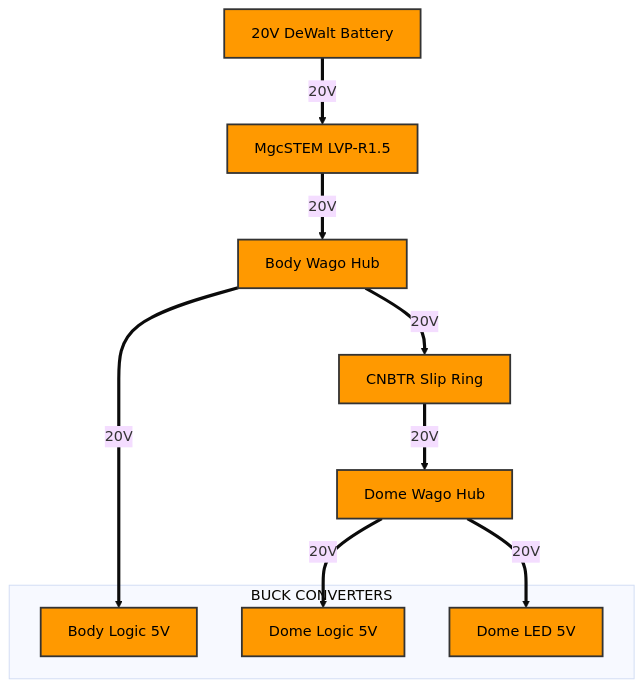
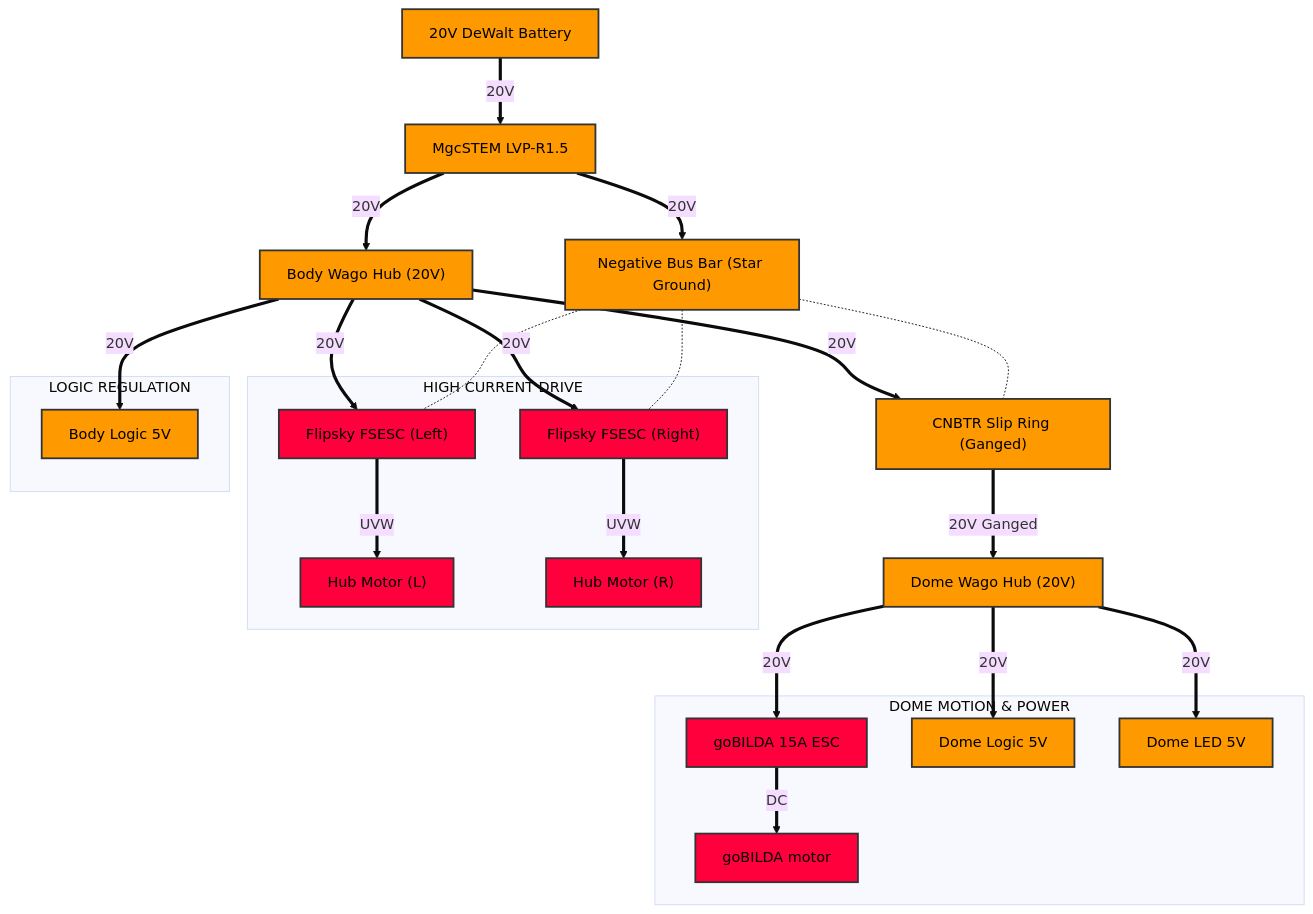
One commit to Ruzzler/Wee2-D2 changed the diagram in docs/architecture/power-architecture.md. Above: the diagram before and after it, drawn with Mermaid (base theme). The commit also changed 3 other files, not shown here.

First line of the commit message:
fix(v2.1.4-f): Restore archival schematics and expand PDN grid

````diff
--- a/docs/architecture/power-architecture.md
+++ b/docs/architecture/power-architecture.md
@@ -20,37 +20,64 @@
 ```mermaid
 flowchart TD
     %% Component Definitions
     BATT["20V DeWalt Battery"]:::power
     LVP["MgcSTEM LVP-R1.5"]:::power
-    WAGO_BODY["Body Wago Hub"]:::power
-    WAGO_DOME["Dome Wago Hub"]:::power
-    SLIP_RING["CNBTR Slip Ring"]:::power
+    NEG_BUS["Negative Bus Bar (Star Ground)"]:::power
+    WAGO_BODY["Body Wago Hub (20V)"]:::power
+    SLIP_RING["CNBTR Slip Ring (Ganged)"]:::power
+    WAGO_DOME["Dome Wago Hub (20V)"]:::power
 
-    subgraph POWER_RAILS["BUCK CONVERTERS"]
-      BUCK_BODY["Body Logic 5V"]:::power
+    subgraph DRIVE_SYSTEM["HIGH CURRENT DRIVE"]
+      ESC_L["Flipsky FSESC (Left)"]:::drive
+      ESC_R["Flipsky FSESC (Right)"]:::drive
+      MOT_L["Hub Motor (L)"]:::drive
+      MOT_R["Hub Motor (R)"]:::drive
+    end
+
+    subgraph DOME_ACTUATORS["DOME MOTION & POWER"]
+      DOME_ESC["goBILDA 15A ESC"]:::drive
+      DOME_MOT["goBILDA motor"]:::drive
       BUCK_DOME["Dome Logic 5V"]:::power
       BUCK_LEDS["Dome LED 5V"]:::power
     end
 
+    subgraph REGULATION["LOGIC REGULATION"]
+      BUCK_BODY["Body Logic 5V"]:::power
+    end
+
     %% Connections - Power Path
     BATT ==>|20V| LVP
+    LVP ==>|20V| NEG_BUS
     LVP ==>|20V| WAGO_BODY
+    
+    WAGO_BODY ==>|20V| ESC_L
+    WAGO_BODY ==>|20V| ESC_R
     WAGO_BODY ==>|20V| BUCK_BODY
     WAGO_BODY ==>|20V| SLIP_RING
 
-    SLIP_RING ==>|20V| WAGO_DOME
+    ESC_L ==>|UVW| MOT_L
+    ESC_R ==>|UVW| MOT_R
+
+    SLIP_RING ==>|20V Ganged| WAGO_DOME
+    WAGO_DOME ==>|20V| DOME_ESC
     WAGO_DOME ==>|20V| BUCK_DOME
     WAGO_DOME ==>|20V| BUCK_LEDS
 
+    DOME_ESC ==>|DC| DOME_MOT
+
+    %% Grounding Reference (Star)
+    NEG_BUS -.- ESC_L
+    NEG_BUS -.- ESC_R
+    NEG_BUS -.- SLIP_RING
+
     %% Interaction Links
-    click BATT href "../maintenance/battery-runtime-guide.md" "DeWalt 20V (4Ah/6Ah/9Ah) Standard"
-    click LVP href "../hardware/mgcstem-lvp-r15-manual.md" "Active 17.5V Cutoff Protection"
-    click SLIP_RING href "../hardware/cnbtr-slip-ring-manual.md" "6-Circuit 20A Ganged Trunk"
-    click BUCK_LOGIC href "../bill-of-materials.md" "Mini560 Pro (5A) Logic"
-    click BUCK_LEDS href "../bill-of-materials.md" "Dedicated High-Current LED Supply (Mini560 Pro)"
+    click BATT href "../maintenance/battery-runtime-guide.md" "DeWalt 20V Standard"
+    click LVP href "../hardware/mgcstem-lvp-r15-manual.md" "Active 17.5V LVP"
+    click SLIP_RING href "../hardware/cnbtr-slip-ring-manual.md" "Ganged 4-Circuit Trunk"
+    click BUCK_BODY href "../bill-of-materials.md" "Body Logic (5A)"
+    click DOME_MOT href "../hardware/gobilda-motor-manual.md" "goBILDA Motor"
 
     classDef power fill:#ff9900,stroke:#333,stroke-width:2px,color:#000
     classDef logic fill:#00f2ff,stroke:#333,stroke-width:2px,color:#000
     classDef drive fill:#ff003c,stroke:#333,stroke-width:2px,color:#000
-    classDef lights fill:#ffb400,stroke:#333,stroke-width:2px,color:#000
 ```
````
